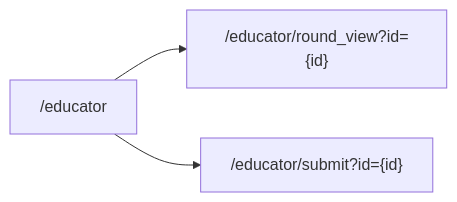
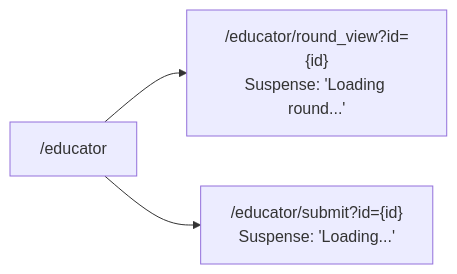
One commit to ZandileMkontwana/olympiad-portal changed the fifth of 6 diagrams in .qoder/repowiki/en/content/Frontend Architecture/Routing & Navigation System.md. Above: the diagram before and after it, drawn with Mermaid. The commit also changed other lines of this file and 5 other files, not shown here.

````diff
--- a/.qoder/repowiki/en/content/Frontend Architecture/Routing & Navigation System.md
+++ b/.qoder/repowiki/en/content/Frontend Architecture/Routing & Navigation System.md
@@ -210,5 +230,5 @@
 ```mermaid
 graph LR
-ED["/educator"] --> RV["/educator/round_view?id={id}"]
-ED --> SUB["/educator/submit?id={id}"]
+ED["/educator"] --> RV["/educator/round_view?id={id}<br/>Suspense: 'Loading round...'"]
+ED --> SUB["/educator/submit?id={id}<br/>Suspense: 'Loading...'"]
 ```
````
